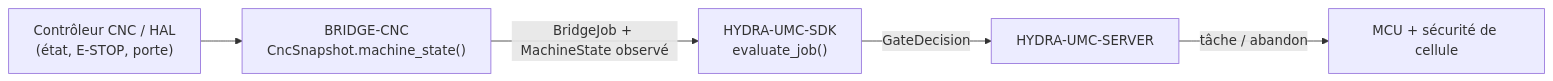
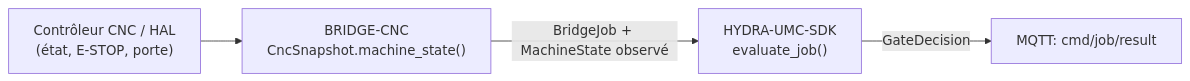
One commit to JuanenRac/HYDRA-UMC-BRIDGE-CNC changed the diagram in README_fra.md. Above: the diagram before and after it, drawn with Mermaid. The commit also changed other lines of this file and 22 other files, not shown here.

````diff
--- a/README_fra.md
+++ b/README_fra.md
@@ -49,7 +50,6 @@
 ```mermaid
 flowchart LR
     CNC["Contrôleur CNC / HAL<br/>(état, E-STOP, porte)"] --> BRIDGE["BRIDGE-CNC<br/>CncSnapshot.machine_state()"]
     BRIDGE -- "BridgeJob + MachineState observé" --> SDK["HYDRA-UMC-SDK<br/>evaluate_job()"]
-    SDK -- GateDecision --> SERVER["HYDRA-UMC-SERVER"]
-    SERVER -- "tâche / abandon" --> MCU["MCU + sécurité de cellule"]
+    SDK -- GateDecision --> RESULT["MQTT: cmd/job/result"]
 ```
````
